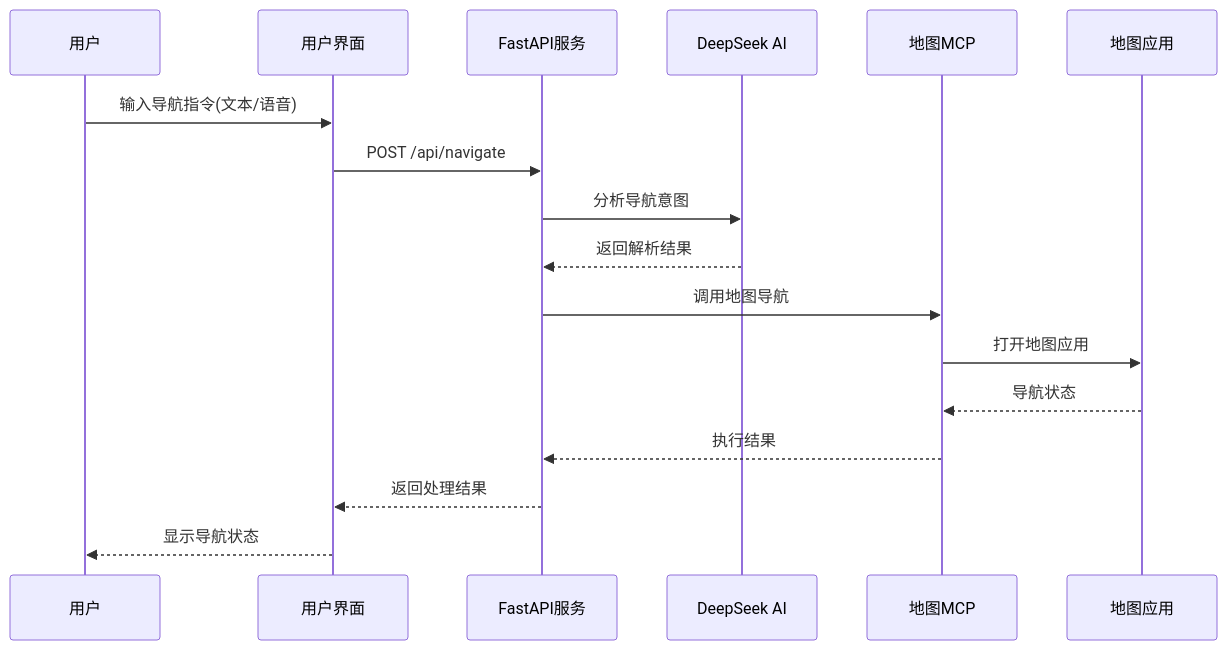
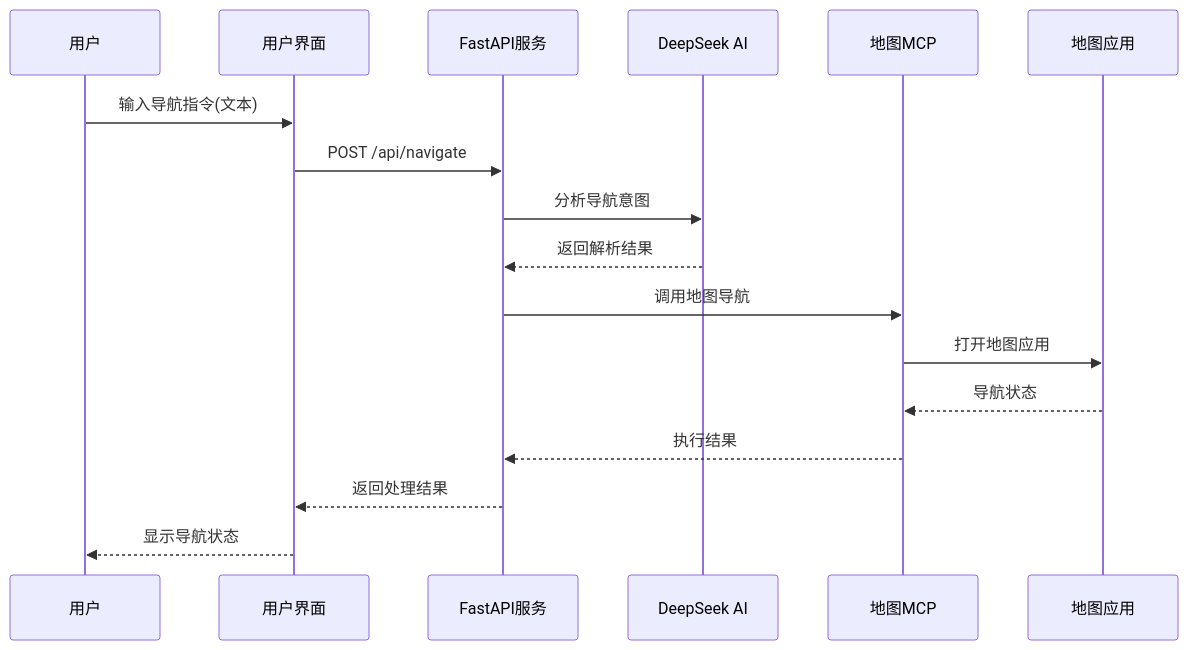
One commit to Z0909/heiha changed the diagram in ARCHITECTURE.md. Above: the diagram before and after it, drawn with Mermaid. The commit also changed other lines of this file and 13 other files, not shown here.

````diff
--- a/ARCHITECTURE.md
+++ b/ARCHITECTURE.md
@@ -69,20 +68,20 @@
 ```mermaid
 sequenceDiagram
     participant U as 用户
     participant UI as 用户界面
     participant API as FastAPI服务
     participant AI as DeepSeek AI
     participant MCP as 地图MCP
     participant MAP as 地图应用
 
-    U->>UI: 输入导航指令(文本/语音)
+    U->>UI: 输入导航指令(文本)
     UI->>API: POST /api/navigate
     API->>AI: 分析导航意图
     AI-->>API: 返回解析结果
     API->>MCP: 调用地图导航
     MCP->>MAP: 打开地图应用
     MAP-->>MCP: 导航状态
     MCP-->>API: 执行结果
     API-->>UI: 返回处理结果
     UI-->>U: 显示导航状态
 ```
````
